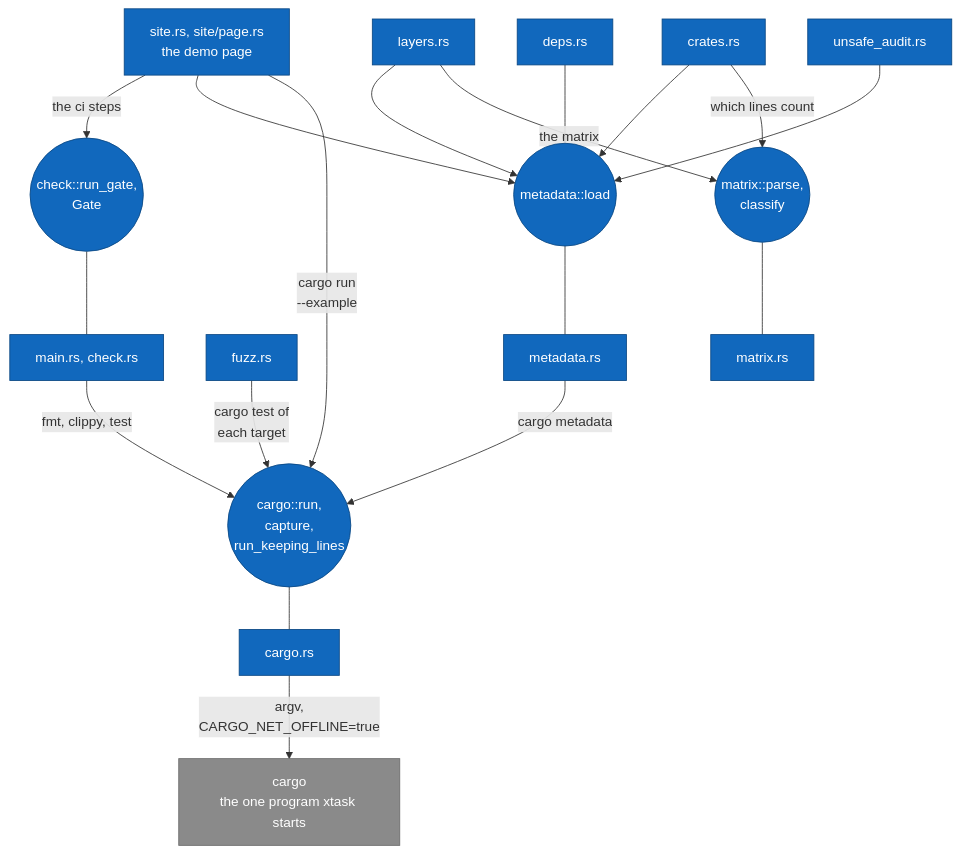
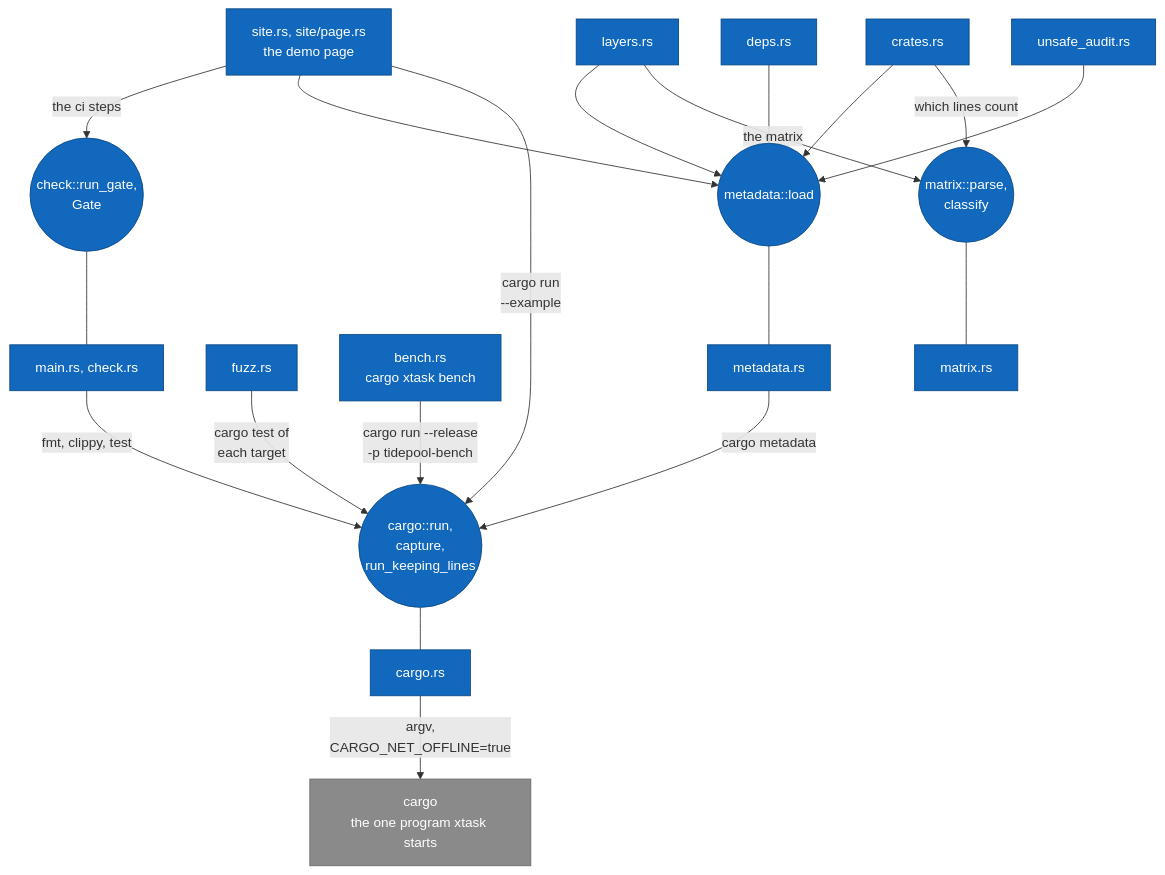
Diagram 18 of 21 in diagrams/component-diagrams.md (jabbott-iii/Tidepool), drawn with Mermaid before and after one commit. The commit also changed other lines of this file and 30 other files, not shown here.

````diff
--- a/diagrams/component-diagrams.md
+++ b/diagrams/component-diagrams.md
@@ -993,44 +994,46 @@
 ```mermaid
 flowchart TB
     c_main["main.rs, check.rs"]
     c_deps["deps.rs"]
     c_layers["layers.rs"]
     c_crates["crates.rs"]
     c_unsafe["unsafe_audit.rs"]
     c_fuzz["fuzz.rs"]
     c_site["site.rs, site/page.rs<br/>the demo page"]
+    c_bench["bench.rs<br/>cargo xtask bench"]
     i_gate(("check::run_gate,<br/>Gate"))
 
     i_meta(("metadata::load"))
     i_matrix(("matrix::parse,<br/>classify"))
     c_meta["metadata.rs"]
     c_matrix["matrix.rs"]
     i_cargo(("cargo::run,<br/>capture,<br/>run_keeping_lines"))
     c_cargo["cargo.rs"]
     e_cargo["cargo<br/>the one program xtask starts"]
 
     c_deps --> i_meta
     c_layers --> i_meta
     c_crates --> i_meta
     c_unsafe --> i_meta
     c_layers -->|"the matrix"| i_matrix
     c_crates -->|"which lines count"| i_matrix
     c_main -->|"fmt, clippy, test"| i_cargo
     c_fuzz -->|"cargo test of<br/>each target"| i_cargo
     c_site -->|"the ci steps"| i_gate
     i_gate --- c_main
     c_site --> i_meta
     c_site -->|"cargo run<br/>--example"| i_cargo
+    c_bench -->|"cargo run --release<br/>-p tidepool-bench"| i_cargo
 
     i_meta --- c_meta
     i_matrix --- c_matrix
     c_meta -->|"cargo metadata"| i_cargo
     i_cargo --- c_cargo
     c_cargo -->|"argv,<br/>CARGO_NET_OFFLINE=true"| e_cargo
 
     classDef built fill:#1168bd,stroke:#0b4884,color:#ffffff
     classDef external fill:#8a8a8a,stroke:#6b6b6b,color:#ffffff
-    class c_main,c_deps,c_layers,c_crates,c_unsafe,c_fuzz,c_site,c_meta,c_matrix,c_cargo built
+    class c_main,c_deps,c_layers,c_crates,c_unsafe,c_fuzz,c_site,c_bench,c_meta,c_matrix,c_cargo built
     class i_meta,i_matrix,i_cargo,i_gate built
     class e_cargo external
 ```
````
